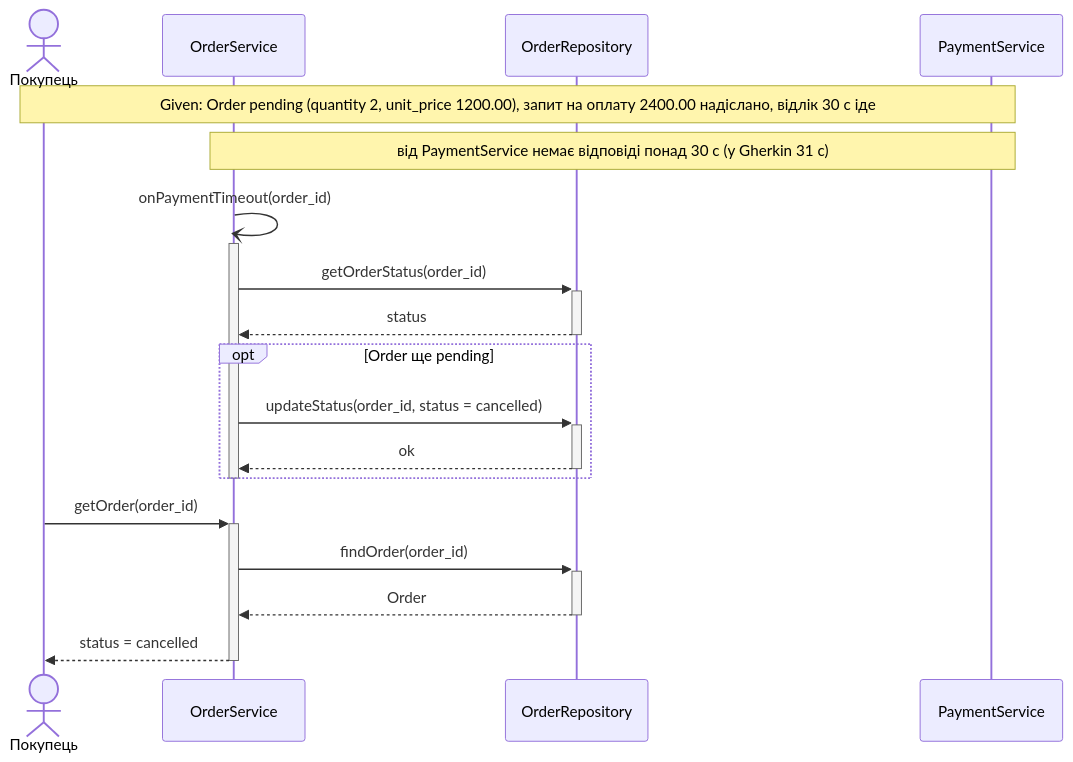
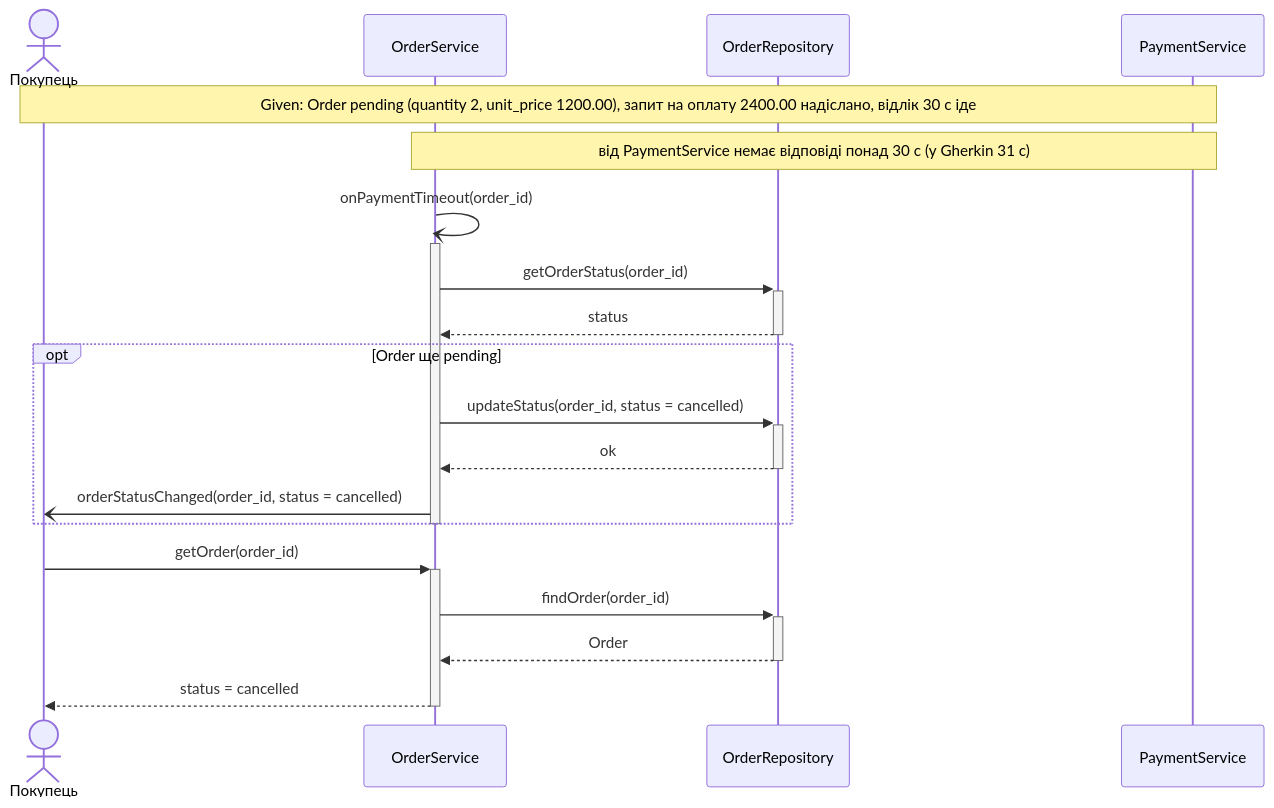
The third of 3 diagrams in lab3/sequence-diagrams.md (linamalina238/kpilab), drawn with Mermaid before and after one commit. The commit also changed other lines of this file and 2 other files, not shown here.

````diff
--- a/lab3/sequence-diagrams.md
+++ b/lab3/sequence-diagrams.md
@@ -84,23 +86,24 @@
 ```mermaid
 sequenceDiagram
     actor B as Покупець
     participant O as OrderService
     participant OR as OrderRepository
     participant PS as PaymentService
 
     Note over B,PS: Given: Order pending (quantity 2, unit_price 1200.00), запит на оплату 2400.00 надіслано, відлік 30 с іде
     Note over O,PS: від PaymentService немає відповіді понад 30 с (у Gherkin 31 с)
     O-)+O: onPaymentTimeout(order_id)
     O->>+OR: getOrderStatus(order_id)
     OR-->>-O: status
     opt Order ще pending
         O->>+OR: updateStatus(order_id, status = cancelled)
         OR-->>-O: ok
+        O-)B: orderStatusChanged(order_id, status = cancelled)
     end
     deactivate O
 
     B->>+O: getOrder(order_id)
     O->>+OR: findOrder(order_id)
     OR-->>-O: Order
     O-->>-B: status = cancelled
 ```
````
